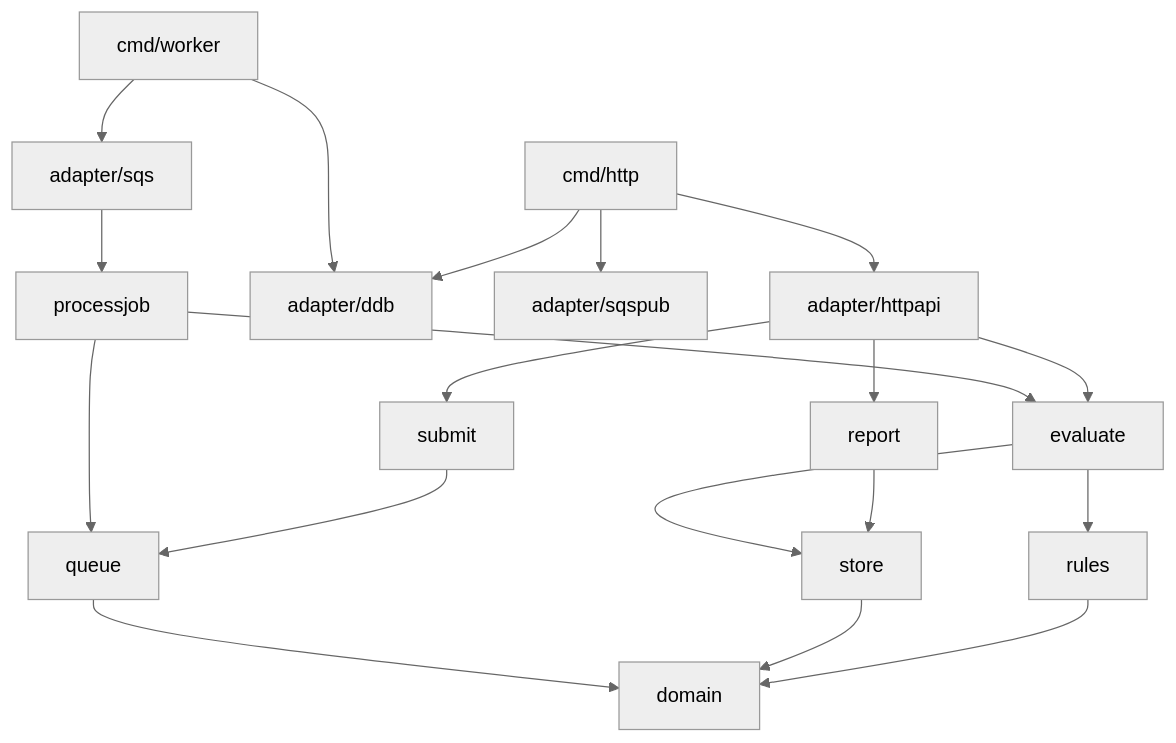
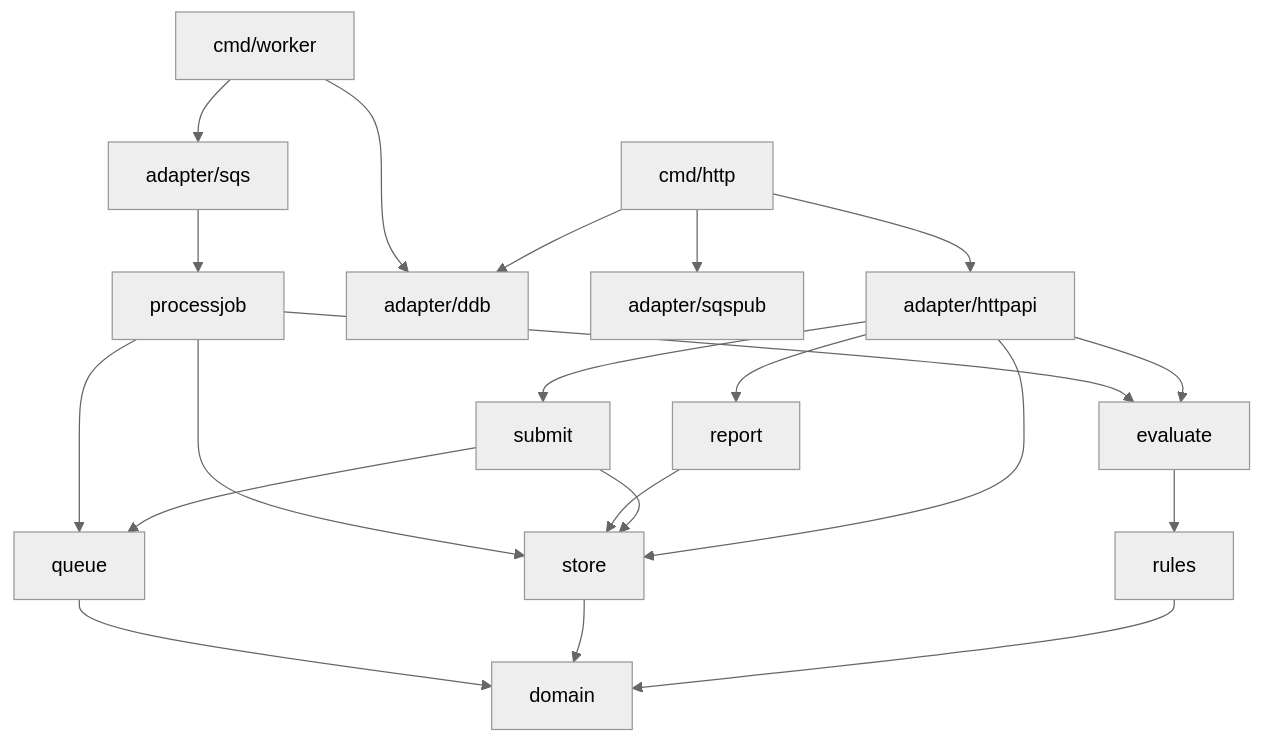
The second of 3 diagrams in docs/architecture.md (vitoladev/credit-card-engine), drawn with Mermaid (neutral theme) before and after one commit. The commit also changed other lines of this file and 30 other files, not shown here.

````diff
--- a/docs/architecture.md
+++ b/docs/architecture.md
@@ -81,21 +147,23 @@
 ```mermaid
 flowchart TB
   http["cmd/http"] --> httpapi["adapter/httpapi"]
   http --> ddbA["adapter/ddb"]
   http --> pub["adapter/sqspub"]
   worker["cmd/worker"] --> sqs["adapter/sqs"]
   worker --> ddbA
   httpapi --> evaluate
   httpapi --> submit
   httpapi --> report
+  httpapi --> store
   submit --> queue["queue"]
+  submit --> store
   report --> store
   sqs --> job["processjob"]
   job --> evaluate
   job --> queue
+  job --> store
   evaluate["evaluate"] --> chain["rules"]
-  evaluate --> store["store"]
   chain --> domain["domain"]
   store --> domain
   queue --> domain
 ```
````
